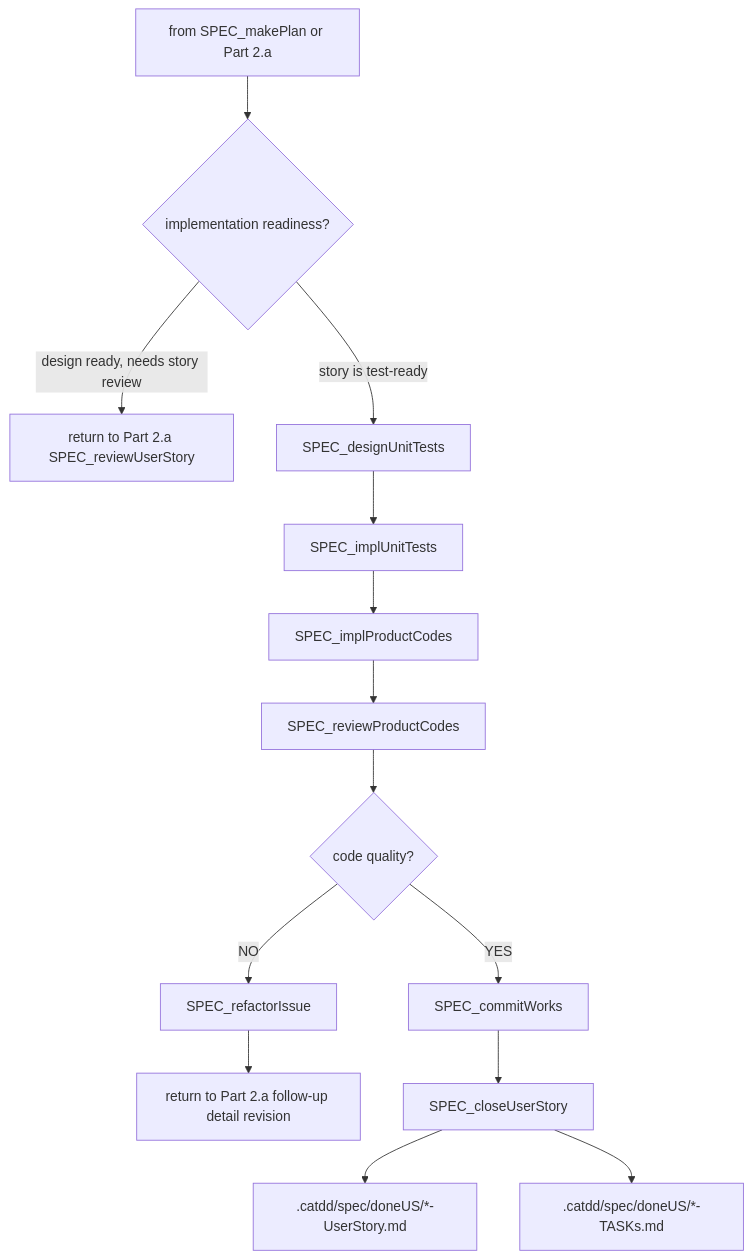
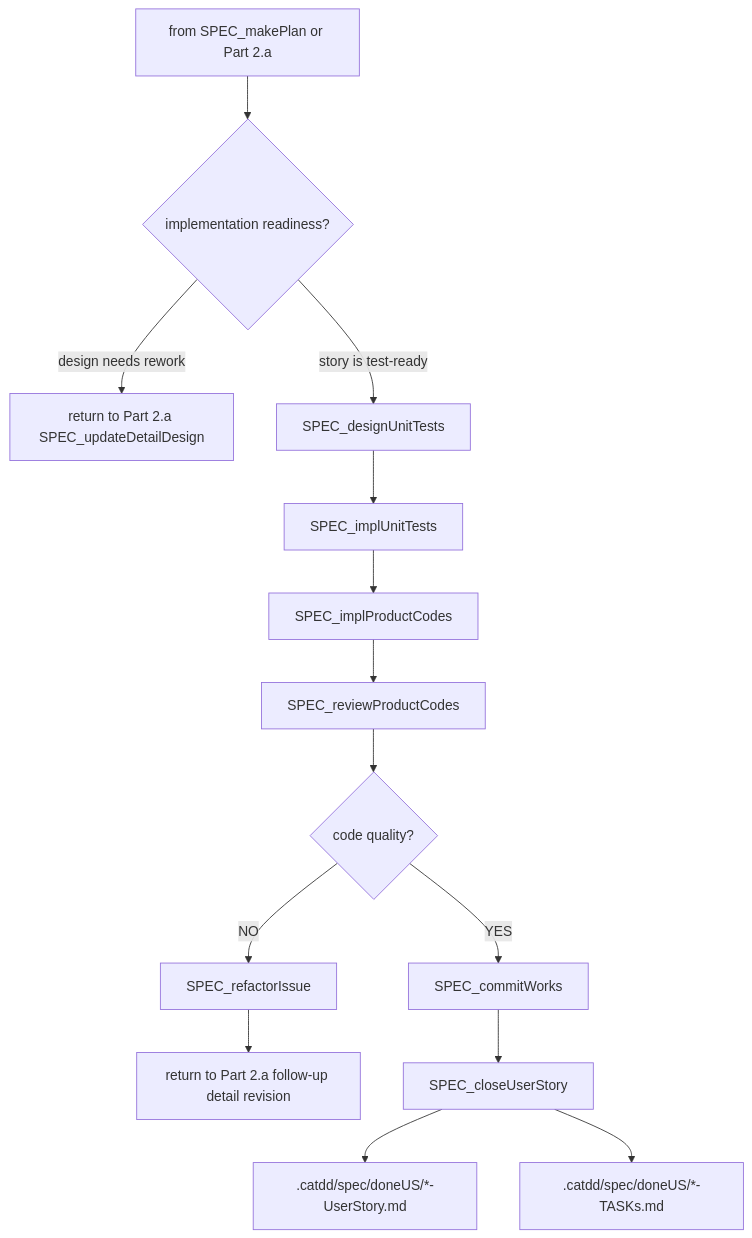
Before and after one commit to EnigmaWU/MyCaTDD: the third of 3 diagrams in slashCommands/flows/Px-SpecFlow.md, drawn with Mermaid. The commit also changed other lines of this file and 2 other files, not shown here.

First line of the commit message:
specflow: add requirement-oriented lane and updateUserStory

````diff
--- a/slashCommands/flows/Px-SpecFlow.md
+++ b/slashCommands/flows/Px-SpecFlow.md
@@ -220,18 +227,18 @@
 ```mermaid
 flowchart TB
     Part2b["from SPEC_makePlan or Part 2.a"] --> ImplementationChoice{"implementation readiness?"}
-    ImplementationChoice -- "design ready, needs story review" --> ReviewStoryRef["return to Part 2.a SPEC_reviewUserStory"]
+    ImplementationChoice -- "design needs rework" --> ReviewStoryRef["return to Part 2.a SPEC_updateDetailDesign"]
     ImplementationChoice -- "story is test-ready" --> DesignTests["SPEC_designUnitTests"]
 
     DesignTests --> ImplTests["SPEC_implUnitTests"]
     ImplTests --> ImplCode["SPEC_implProductCodes"]
     ImplCode --> ReviewCode["SPEC_reviewProductCodes"]
     ReviewCode --> QualityCode{"code quality?"}
 
     QualityCode -- "NO" --> Refactor["SPEC_refactorIssue"]
     Refactor --> DesignRework["return to Part 2.a follow-up detail revision"]
     QualityCode -- "YES" --> Commit["SPEC_commitWorks"]
     Commit --> Close["SPEC_closeUserStory"]
     Close --> Done[".catdd/spec/doneUS/*-UserStory.md"]
     Close --> DoneTasks[".catdd/spec/doneUS/*-TASKs.md"]
 ```
````
